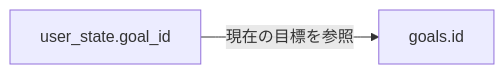
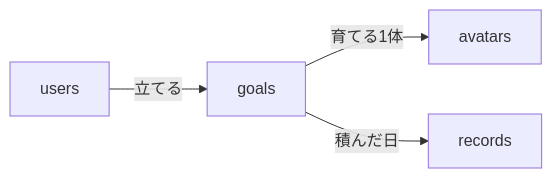
Before and after one commit to kuramochi703/keep-motivation-app: the sixth of 6 diagrams in ARCHITECTURE.md, drawn with Mermaid. The commit also changed other lines of this file and 10 other files, not shown here.

````diff
--- a/ARCHITECTURE.md
+++ b/ARCHITECTURE.md
@@ -254,4 +260,6 @@
 ```mermaid
 flowchart LR
-    S["user_state.goal_id"] -->|現在の目標を参照| G["goals.id"]
+    U["users"] -->|立てる| G["goals"]
+    G -->|育てる1体| A["avatars"]
+    G -->|積んだ日| R["records"]
 ```
````
